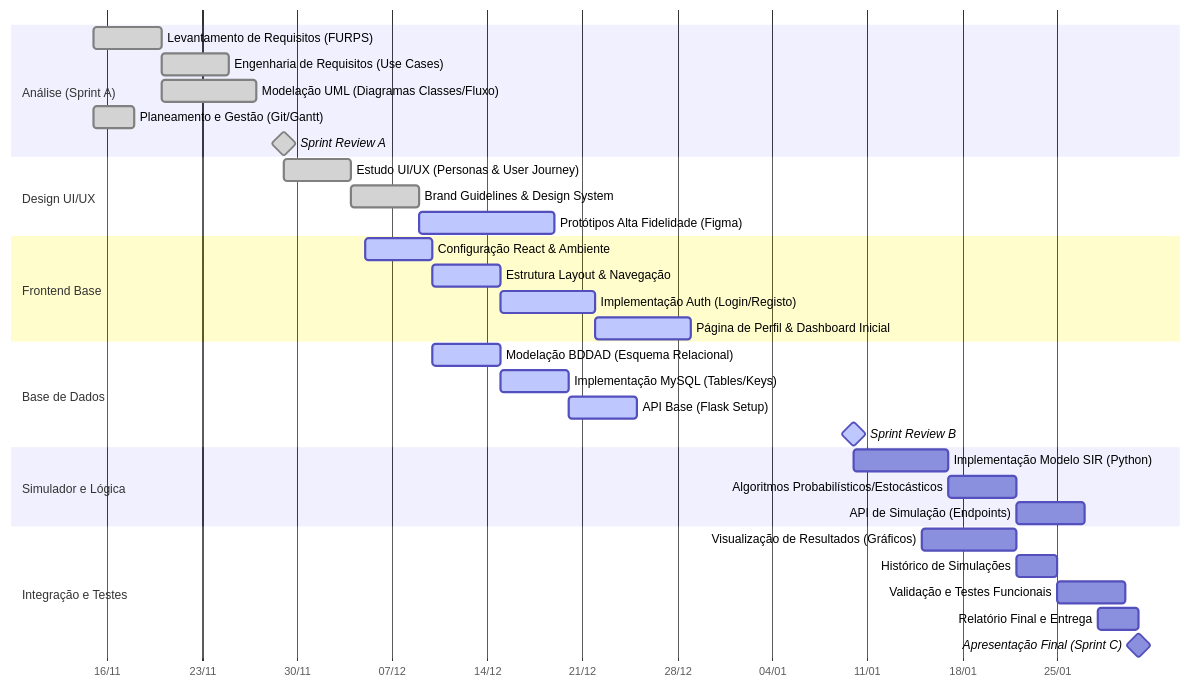
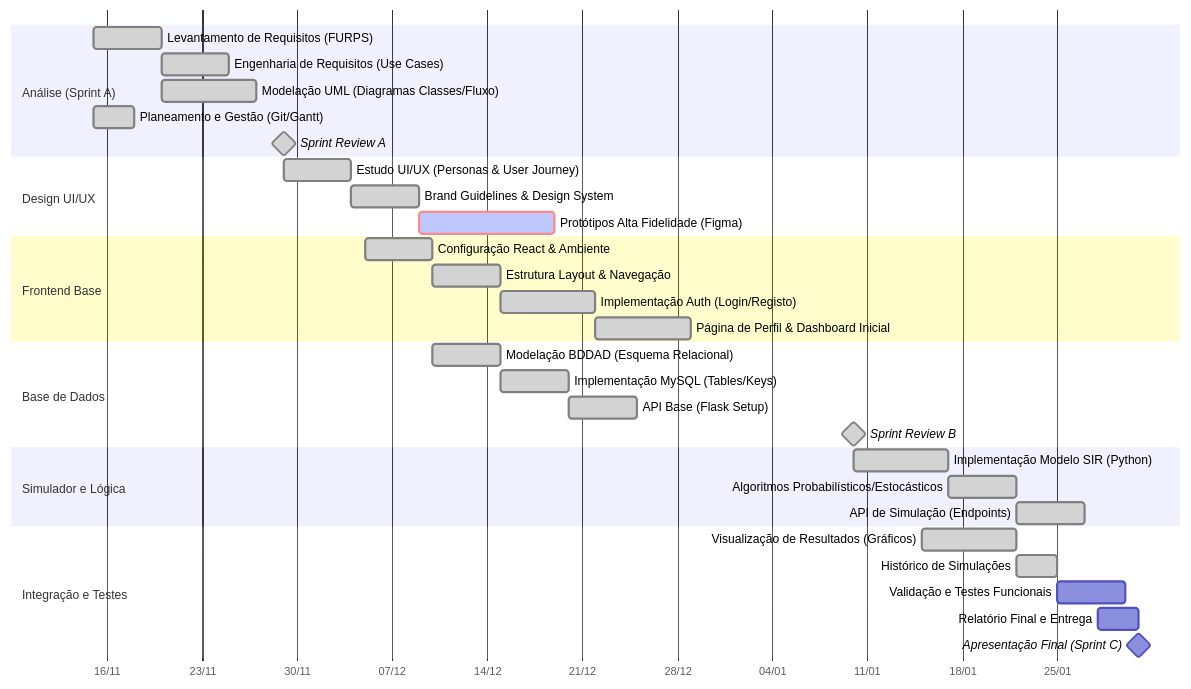
Before and after one commit to joaoventura2024064-dev/ISTECPROJ2526: the diagram in README.md, drawn with Mermaid. The commit also changed other lines of this file, not shown here.

Commit message:
docs: Updated Sprint and Gantt status

````diff
--- a/README.md
+++ b/README.md
@@ -58,41 +58,41 @@
 ```mermaid
 gantt
     dateFormat  YYYY-MM-DD
     axisFormat  %d/%m
 
     section Análise (Sprint A)
     Levantamento de Requisitos (FURPS)      :done,    a1, 2025-11-15, 5d
     Engenharia de Requisitos (Use Cases)    :done,    a2, after a1, 5d
     Modelação UML (Diagramas Classes/Fluxo) :done,    a3, 2025-11-20, 7d
     Planeamento e Gestão (Git/Gantt)        :done,    a4, 2025-11-15, 3d
     Sprint Review A                         :done,    milestone, 2025-11-29, 0d
 
     section Design UI/UX
     Estudo UI/UX (Personas & User Journey)  :done,    b1, 2025-11-29, 5d
     Brand Guidelines & Design System        :done,    b2, after b1, 5d
-    Protótipos Alta Fidelidade (Figma)      :active,  b3, after b2, 10d
+    Protótipos Alta Fidelidade (Figma)      :crit,active ,  b3, after b2, 10d
     
     section Frontend Base
-    Configuração React & Ambiente           :active,  b4, 2025-12-05, 5d
-    Estrutura Layout & Navegação            :active,  b5, after b4, 5d
-    Implementação Auth (Login/Registo)      :active,  b6, after b5, 7d
-    Página de Perfil & Dashboard Inicial    :active,    b7, after b6, 1w
+    Configuração React & Ambiente           :done,  b4, 2025-12-05, 5d
+    Estrutura Layout & Navegação            :done,  b5, after b4, 5d
+    Implementação Auth (Login/Registo)      :done,  b6, after b5, 7d
+    Página de Perfil & Dashboard Inicial    :done,           b7, after b6, 1w
     
     section Base de Dados
-    Modelação BDDAD (Esquema Relacional)    :active,  b8, 2025-12-10, 5d
-    Implementação MySQL (Tables/Keys)       :active,  b9, after b8, 5d
-    API Base (Flask Setup)                  :active,  b10, after b9, 5d
-    Sprint Review B                         :active,  milestone, 2026-01-10, 0d
+    Modelação BDDAD (Esquema Relacional)    :done,    b8, 2025-12-10, 5d
+    Implementação MySQL (Tables/Keys)       :done,    b9, after b8, 5d
+    API Base (Flask Setup)                  :done,    b10, after b9, 5d
+    Sprint Review B                         :done,    milestone, 2026-01-10, 0d
 
     section Simulador e Lógica
-    Implementação Modelo SIR (Python)       :         c1, 2026-01-10, 7d
-    Algoritmos Probabilísticos/Estocásticos :         c2, after c1, 5d
-    API de Simulação (Endpoints)            :         c3, after c2, 5d
+    Implementação Modelo SIR (Python)       :done,    c1, 2026-01-10, 7d
+    Algoritmos Probabilísticos/Estocásticos :done,    c2, after c1, 5d
+    API de Simulação (Endpoints)            :done,    c3, after c2, 5d
     
     section Integração e Testes
-    Visualização de Resultados (Gráficos)   :         c4, 2026-01-15, 1w
-    Histórico de Simulações                 :         c5, after c4, 3d
-    Validação e Testes Funcionais           :         c6, 2026-01-25, 5d
-    Relatório Final e Entrega               :         c7, 2026-01-28, 3d
-    Apresentação Final (Sprint C)           :         milestone, 2026-01-31, 0d
+    Visualização de Resultados (Gráficos)   :done,  c4, 2026-01-15, 1w
+    Histórico de Simulações                 :done,  c5, after c4, 3d
+    Validação e Testes Funcionais           :       c6, 2026-01-25, 5d
+    Relatório Final e Entrega               :       c7, 2026-01-28, 3d
+    Apresentação Final (Sprint C)           :       milestone, 2026-01-31, 0d
 ```
````
